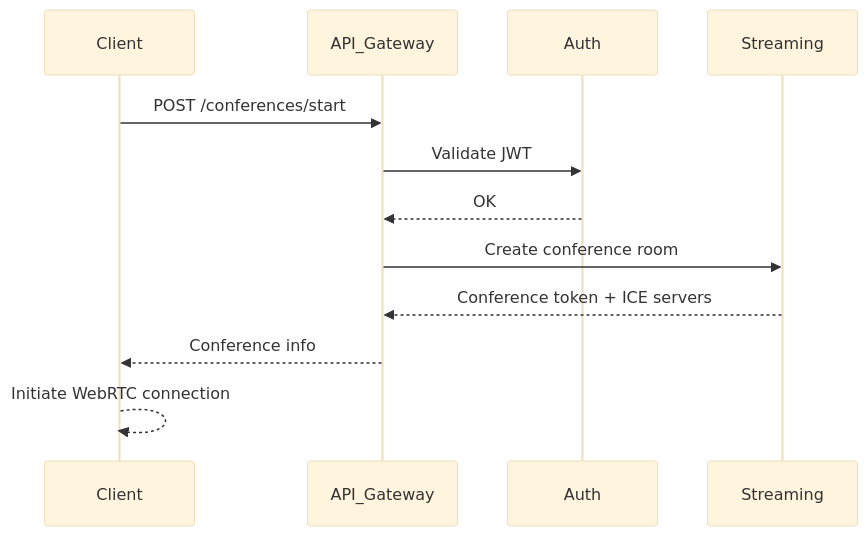
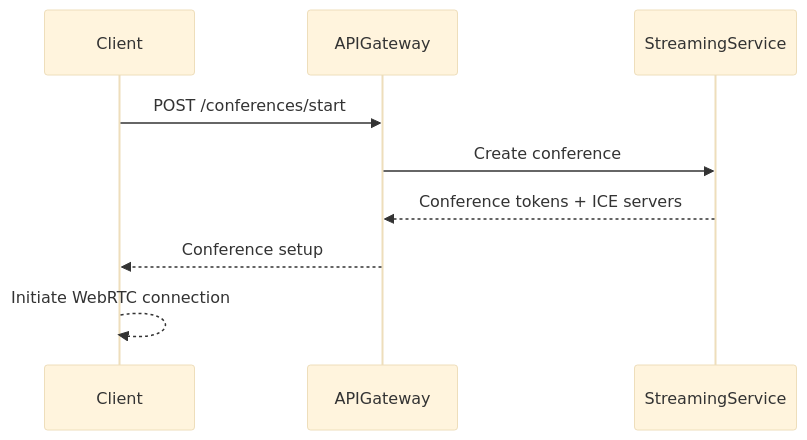
One commit to Razano26/Beep-TAD.AM changed the third of 3 diagrams in vue-technique/06-integration-ui.adoc. Above: the diagram before and after it, drawn with Mermaid (base theme). The commit also changed other lines of this file and 5 other files, not shown here.

Commit message:
feat: Update technical documentation for Beep application, enhancing sections on architecture, observability, security, search integration, UI integration, and production management for improved clarity and detail

```diff
--- a/vue-technique/06-integration-ui.adoc
+++ b/vue-technique/06-integration-ui.adoc
@@ -80,16 +96,13 @@
 [mermaid]
 ----
 sequenceDiagram
     participant Client
-    participant API_Gateway
-    participant Auth
-    participant Streaming
+    participant APIGateway
+    participant StreamingService
 
-    Client->>API_Gateway: POST /conferences/start
-    API_Gateway->>Auth: Validate JWT
-    Auth-->>API_Gateway: OK
-    API_Gateway->>Streaming: Create conference room
-    Streaming-->>API_Gateway: Conference token + ICE servers
-    API_Gateway-->>Client: Conference info
+    Client->>APIGateway: POST /conferences/start
+    APIGateway->>StreamingService: Create conference
+    StreamingService-->>APIGateway: Conference tokens + ICE servers
+    APIGateway-->>Client: Conference setup
     Client-->>Client: Initiate WebRTC connection
 ----
```
